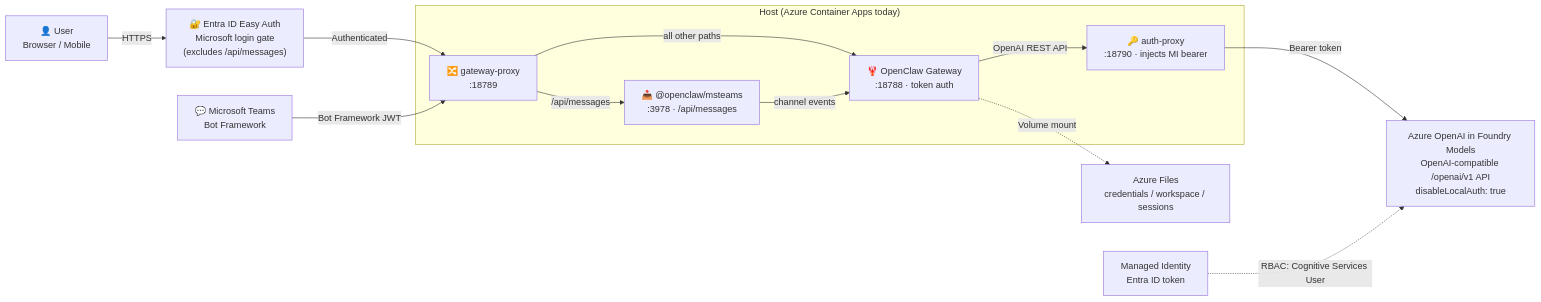
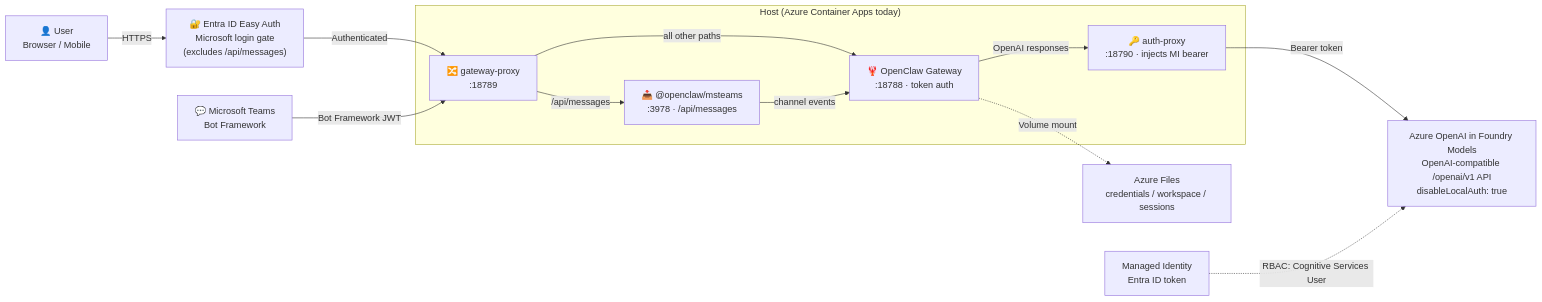
The diagram in README.md (microsoft/openclaw-dev), drawn with Mermaid before and after one commit. The commit also changed other lines of this file and 40 other files, not shown here.

````diff
--- a/README.md
+++ b/README.md
@@ -302,26 +174,26 @@
 ```mermaid
 graph LR
     User["👤 User<br/>Browser / Mobile"]
     Teams["💬 Microsoft Teams<br/>Bot Framework"]
     EasyAuth["🔐 Entra ID Easy Auth<br/>Microsoft login gate<br/>(excludes /api/messages)"]
     subgraph Host["Host (Azure Container Apps today)"]
         Proxy["🔀 gateway-proxy<br/>:18789"]
         GW["🦞 OpenClaw Gateway<br/>:18788 · token auth"]
         MST["📥 @openclaw/msteams<br/>:3978 · /api/messages"]
         Auth["🔑 auth-proxy<br/>:18790 · injects MI bearer"]
     end
     AOAI["Azure OpenAI in Foundry Models<br/>OpenAI-compatible /openai/v1 API<br/>disableLocalAuth: true"]
     MI["Managed Identity<br/>Entra ID token"]
     AF["Azure Files<br/>credentials / workspace / sessions"]
 
     User -->|"HTTPS"| EasyAuth
     EasyAuth -->|"Authenticated"| Proxy
     Teams -->|"Bot Framework JWT"| Proxy
     Proxy -->|"/api/messages"| MST
     Proxy -->|"all other paths"| GW
     MST -->|"channel events"| GW
-    GW -->|"OpenAI REST API"| Auth
+    GW -->|"OpenAI responses"| Auth
     Auth -->|"Bearer token"| AOAI
     GW -.->|"Volume mount"| AF
     MI -.->|"RBAC: Cognitive Services User"| AOAI
 ```
````
